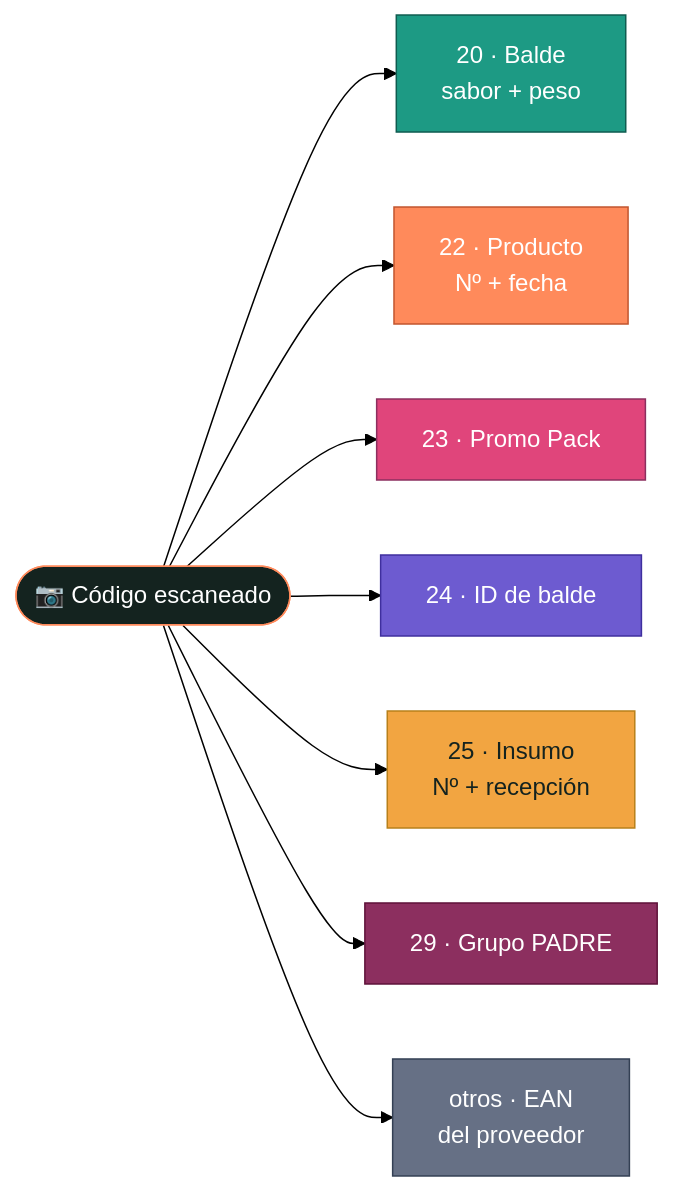
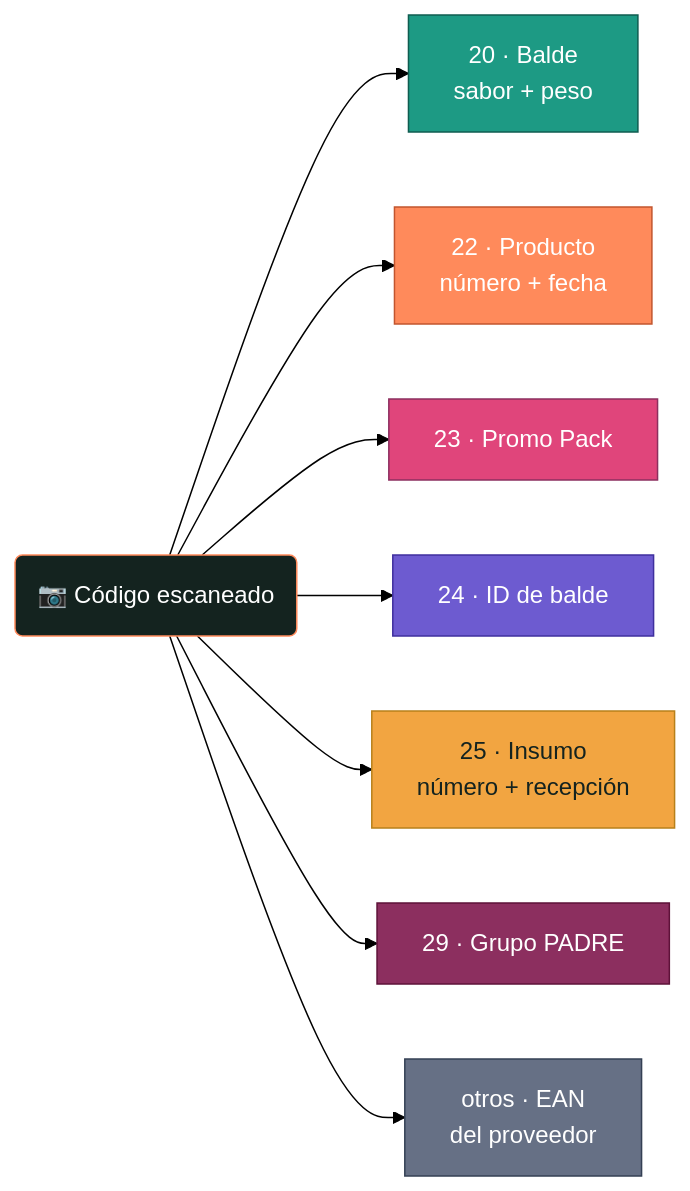
The diagram in README.md (alvaroliuzzi-bot/ekaru-etiquetas), drawn with Mermaid (forest theme) before and after one commit.

Commit message:
Diagrama de prefijos compatible con el Mermaid de GitHub
Claude-Session: https://claude.ai/code/session_01SG32pyYJyfrkQ2o9TtUXHB

````diff
--- a/README.md
+++ b/README.md
@@ -22,19 +22,19 @@
 ```mermaid
 flowchart LR
-    X(["📷 Código escaneado"]):::dark
-    X --> A["20 · Balde<br/>sabor + peso"]:::teal
-    X --> B["22 · Producto<br/>Nº + fecha"]:::coral
-    X --> C["23 · Promo Pack"]:::pink
-    X --> D["24 · ID de balde"]:::violet
-    X --> E["25 · Insumo<br/>Nº + recepción"]:::gold
-    X --> F["29 · Grupo PADRE"]:::plum
-    X --> G["otros · EAN<br/>del proveedor"]:::grey
+    scan("📷 Código escaneado"):::dark
+    scan --> p20["20 · Balde<br/>sabor + peso"]:::teal
+    scan --> p22["22 · Producto<br/>número + fecha"]:::coral
+    scan --> p23["23 · Promo Pack"]:::pink
+    scan --> p24["24 · ID de balde"]:::violet
+    scan --> p25["25 · Insumo<br/>número + recepción"]:::gold
+    scan --> p29["29 · Grupo PADRE"]:::plum
+    scan --> pex["otros · EAN<br/>del proveedor"]:::grey
     classDef dark fill:#14231F,stroke:#FF8A5B,color:#fff
     classDef teal fill:#1D9A84,stroke:#0F5C50,color:#fff
     classDef coral fill:#FF8A5B,stroke:#C2552E,color:#fff
     classDef pink fill:#E0457B,stroke:#8C2F5F,color:#fff
     classDef violet fill:#6D5BD0,stroke:#3F2F9E,color:#fff
     classDef gold fill:#F2A541,stroke:#B8801A,color:#14231F
     classDef plum fill:#8C2F5F,stroke:#5E1239,color:#fff
     classDef grey fill:#667085,stroke:#344054,color:#fff
 ```
````
